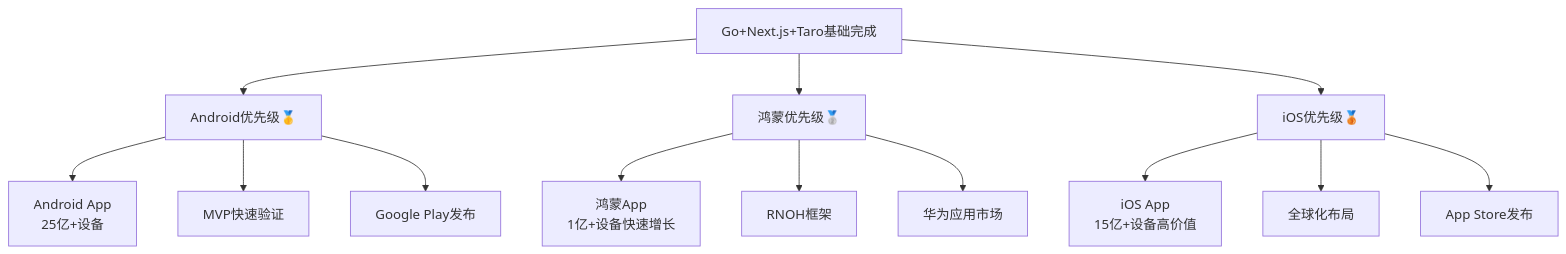
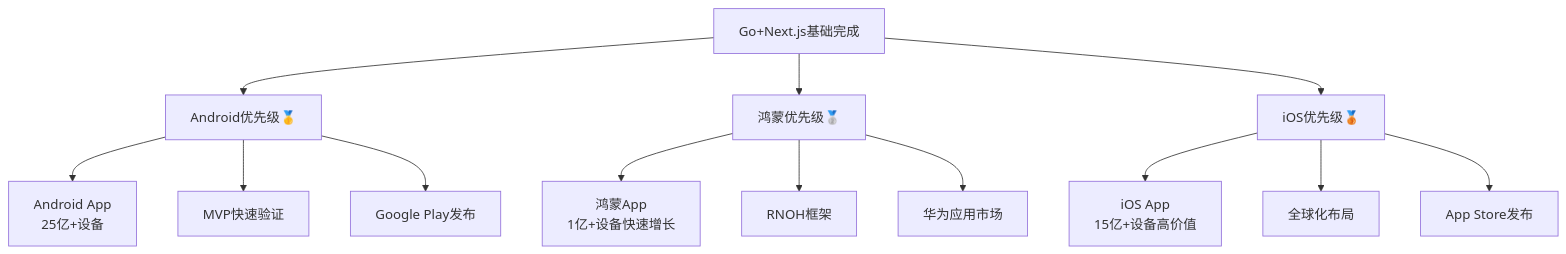
One commit to x-rush/dev-quest changed the diagram in 04-multiplatform-apps/React Native三端原生应用学习路线.md. Above: the diagram before and after it, drawn with Mermaid. The commit also changed other lines of this file and 10 other files, not shown here.

````diff
--- a/04-multiplatform-apps/React Native三端原生应用学习路线.md
+++ b/04-multiplatform-apps/React Native三端原生应用学习路线.md
@@ -10,18 +10,18 @@
 ```mermaid
 graph TD
-    A[Go+Next.js+Taro基础完成] --> B[Android优先级🥇]
+    A[Go+Next.js基础完成] --> B[Android优先级🥇]
     A --> C[鸿蒙优先级🥈]
     A --> D[iOS优先级🥉]
 
     B --> B1[Android App<br/>25亿+设备]
     B --> B2[MVP快速验证]
     B --> B3[Google Play发布]
 
     C --> C1[鸿蒙App<br/>1亿+设备快速增长]
     C --> C2[RNOH框架]
     C --> C3[华为应用市场]
 
     D --> D1[iOS App<br/>15亿+设备高价值]
     D --> D2[全球化布局]
     D --> D3[App Store发布]
 ```
````
